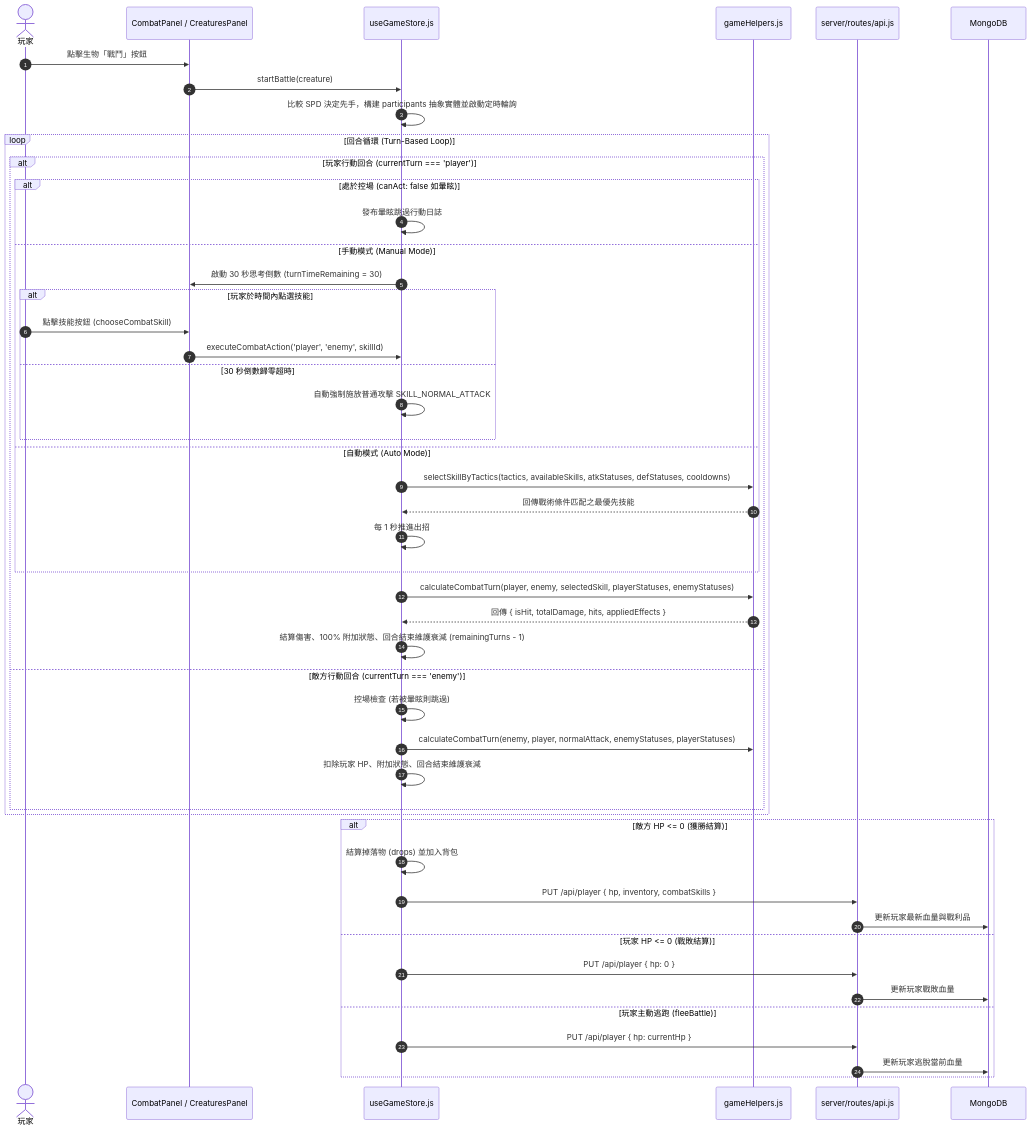
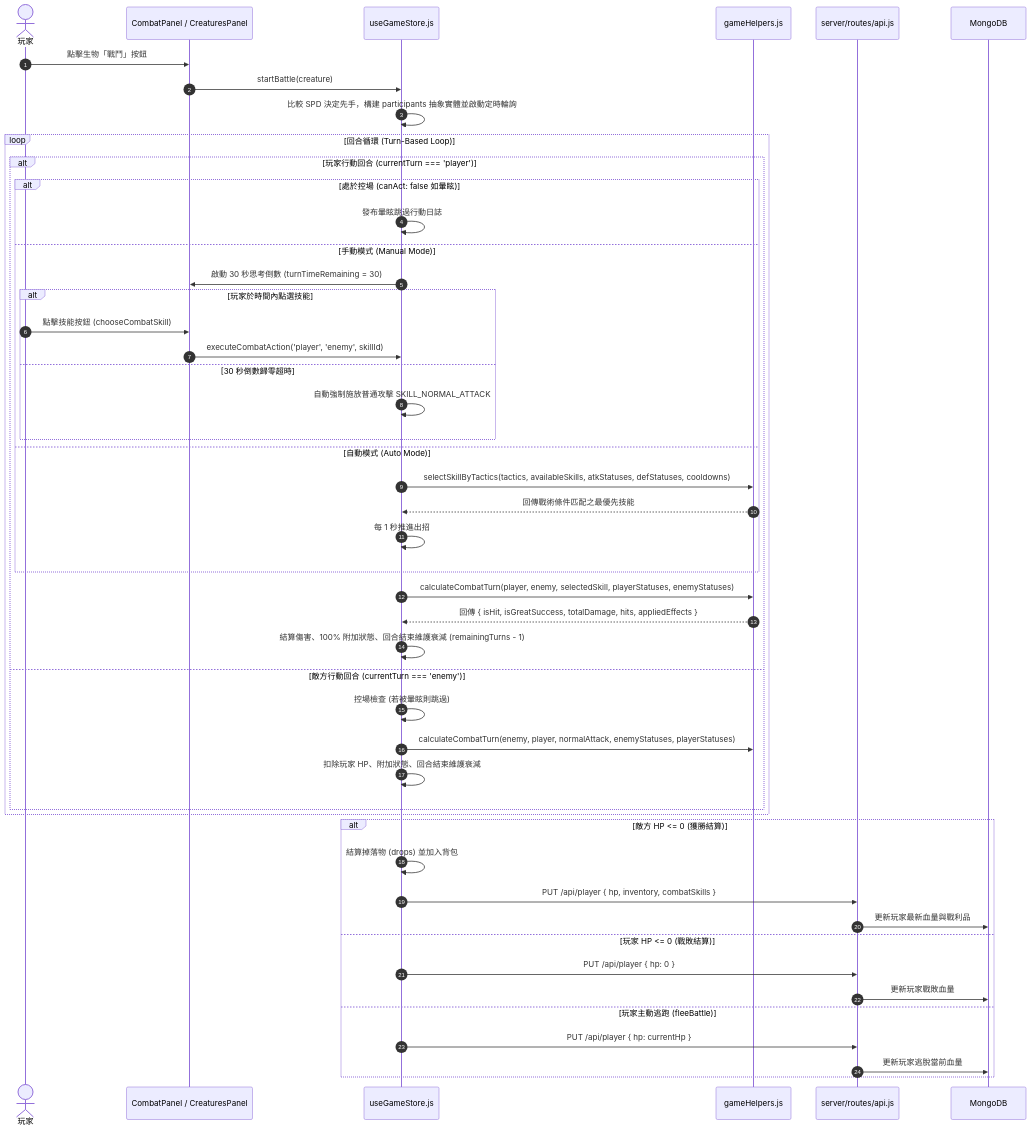
Diagram 17 of 17 in README.md (csiehsu/Aether-Immersion), drawn with Mermaid before and after one commit. The commit also changed other lines of this file and 2 other files, not shown here.

Commit message:
feat: add great success critical hit mechanic with double damage and vital strike log feedback

````diff
--- a/README.md
+++ b/README.md
@@ -976,51 +977,51 @@
 ```mermaid
 sequenceDiagram
     autonumber
     actor Player as 玩家
     participant View as CombatPanel / CreaturesPanel
     participant Store as useGameStore.js
     participant Helper as gameHelpers.js
     participant API as server/routes/api.js
     participant DB as MongoDB
 
     Player->>View: 點擊生物「戰鬥」按鈕
     View->>Store: startBattle(creature)
     Store->>Store: 比較 SPD 決定先手，構建 participants 抽象實體並啟動定時輪詢
     loop 回合循環 (Turn-Based Loop)
         alt 玩家行動回合 (currentTurn === 'player')
             alt 處於控場 (canAct: false 如暈眩)
                 Store->>Store: 發布暈眩跳過行動日誌
             else 手動模式 (Manual Mode)
                 Store->>View: 啟動 30 秒思考倒數 (turnTimeRemaining = 30)
                 alt 玩家於時間內點選技能
                     Player->>View: 點擊技能按鈕 (chooseCombatSkill)
                     View->>Store: executeCombatAction('player', 'enemy', skillId)
                 else 30 秒倒數歸零超時
                     Store->>Store: 自動強制施放普通攻擊 SKILL_NORMAL_ATTACK
                 end
             else 自動模式 (Auto Mode)
                 Store->>Helper: selectSkillByTactics(tactics, availableSkills, atkStatuses, defStatuses, cooldowns)
                 Helper-->>Store: 回傳戰術條件匹配之最優先技能
                 Store->>Store: 每 1 秒推進出招
             end
             Store->>Helper: calculateCombatTurn(player, enemy, selectedSkill, playerStatuses, enemyStatuses)
-            Helper-->>Store: 回傳 { isHit, totalDamage, hits, appliedEffects }
+            Helper-->>Store: 回傳 { isHit, isGreatSuccess, totalDamage, hits, appliedEffects }
             Store->>Store: 結算傷害、100% 附加狀態、回合結束維護衰減 (remainingTurns - 1)
         else 敵方行動回合 (currentTurn === 'enemy')
             Store->>Store: 控場檢查 (若被暈眩則跳過)
             Store->>Helper: calculateCombatTurn(enemy, player, normalAttack, enemyStatuses, playerStatuses)
             Store->>Store: 扣除玩家 HP、附加狀態、回合結束維護衰減
         end
     end
     alt 敵方 HP <= 0 (獲勝結算)
         Store->>Store: 結算掉落物 (drops) 並加入背包
         Store->>API: PUT /api/player { hp, inventory, combatSkills }
         API->>DB: 更新玩家最新血量與戰利品
     else 玩家 HP <= 0 (戰敗結算)
         Store->>API: PUT /api/player { hp: 0 }
         API->>DB: 更新玩家戰敗血量
     else 玩家主動逃跑 (fleeBattle)
         Store->>API: PUT /api/player { hp: currentHp }
         API->>DB: 更新玩家逃脫當前血量
     end
 ```
````
